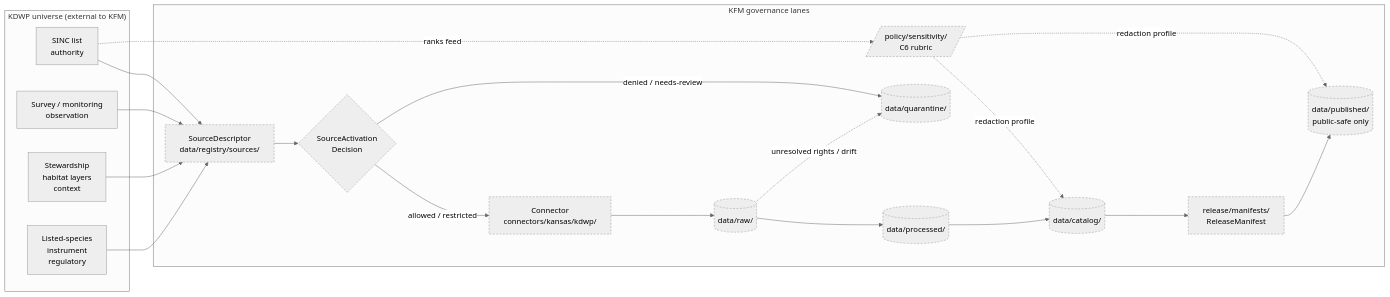
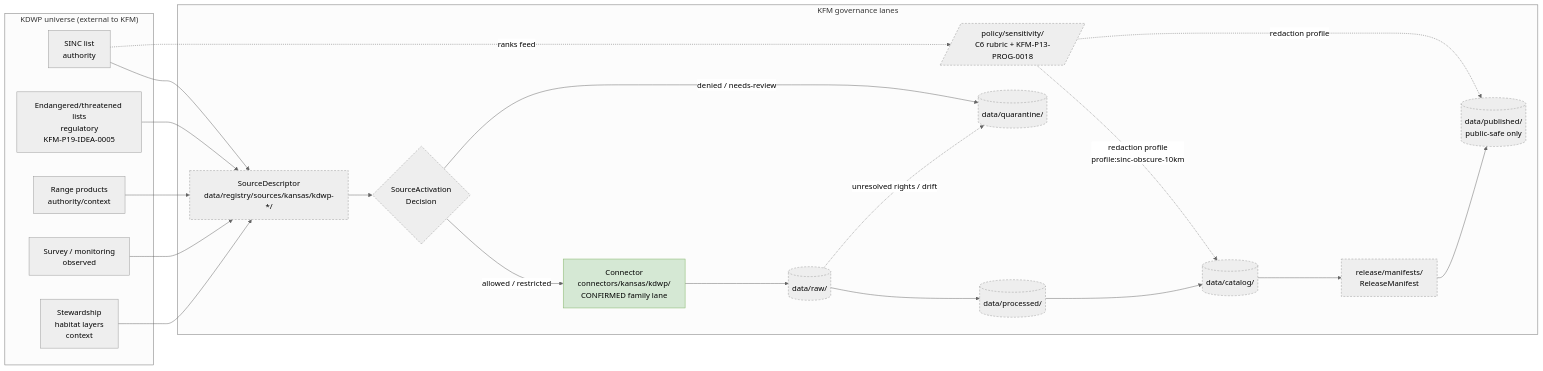
Before and after one commit to bartytime4life/Kansas-Frontier-Matrix: the diagram in docs/sources/catalog/kansas/kdwp.md, drawn with Mermaid (neutral theme). The commit also changed other lines of this file, not shown here.

````diff
--- a/docs/sources/catalog/kansas/kdwp.md
+++ b/docs/sources/catalog/kansas/kdwp.md
@@ -220,42 +303,46 @@
 ```mermaid
 flowchart LR
   subgraph KDWP_Universe["KDWP universe (external to KFM)"]
     SINC[SINC list<br/>authority]
-    SURVEY[Survey / monitoring<br/>observation]
+    LIST[Endangered/threatened lists<br/>regulatory<br/>KFM-P19-IDEA-0005]
+    RANGE[Range products<br/>authority/context]
+    SURVEY[Survey / monitoring<br/>observed]
     HABITAT[Stewardship<br/>habitat layers<br/>context]
-    REG[Listed-species<br/>instrument<br/>regulatory]
   end
 
   subgraph KFM["KFM governance lanes"]
-    DESC[SourceDescriptor<br/>data/registry/sources/]
+    DESC[SourceDescriptor<br/>data/registry/sources/kansas/kdwp-*/]
     ACT{SourceActivation<br/>Decision}
-    CONN[Connector<br/>connectors/kansas/kdwp/]
+    CONN[Connector<br/>connectors/kansas/kdwp/<br/>CONFIRMED family lane]
     RAW[(data/raw/)]
     QUAR[(data/quarantine/)]
     PROC[(data/processed/)]
     CAT[(data/catalog/)]
     PUB[(data/published/<br/>public-safe only)]
-    POL[/policy/sensitivity/<br/>C6 rubric/]
+    POL[/policy/sensitivity/<br/>C6 rubric + KFM-P13-PROG-0018/]
     REL[release/manifests/<br/>ReleaseManifest]
   end
 
   SINC --> DESC
+  LIST --> DESC
+  RANGE --> DESC
   SURVEY --> DESC
   HABITAT --> DESC
-  REG --> DESC
   DESC --> ACT
   ACT -->|allowed / restricted| CONN
   ACT -->|denied / needs-review| QUAR
   CONN --> RAW
   RAW --> PROC
   RAW -. unresolved rights / drift .-> QUAR
   PROC --> CAT
   CAT --> REL
   REL --> PUB
   SINC -. ranks feed .-> POL
-  POL -. redaction profile .-> CAT
+  POL -. redaction profile<br/>profile:sinc-obscure-10km .-> CAT
   POL -. redaction profile .-> PUB
 
+  classDef confirmed fill:#d5e8d4,stroke:#82b366;
   classDef proposed stroke-dasharray: 4 3;
-  class DESC,ACT,CONN,RAW,QUAR,PROC,CAT,PUB,POL,REL proposed;
+  class CONN confirmed;
+  class DESC,ACT,RAW,QUAR,PROC,CAT,PUB,POL,REL proposed;
 ```
````
